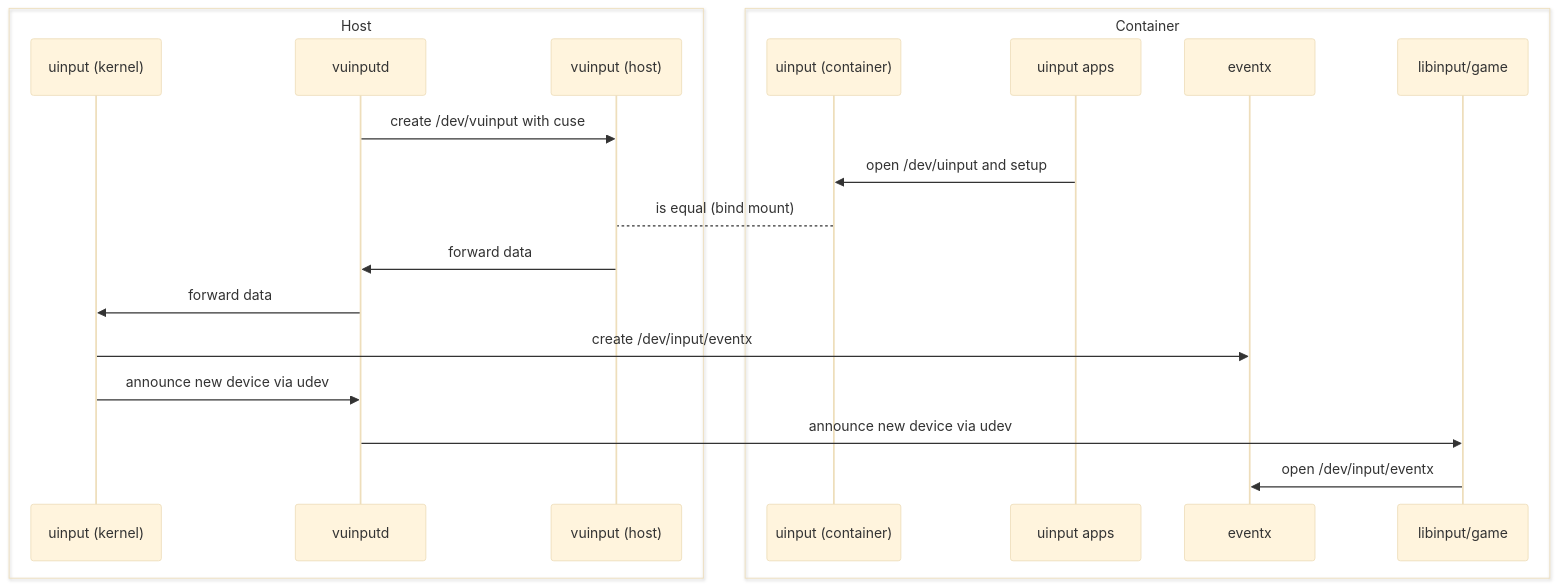
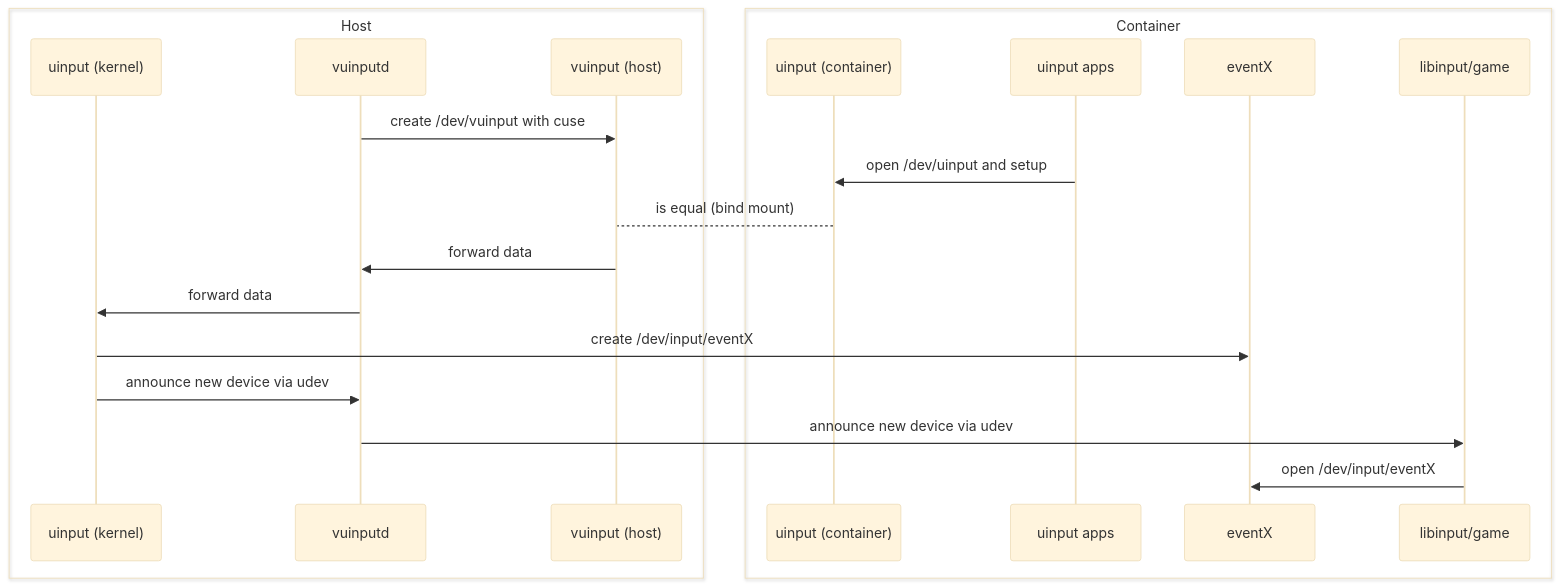
The second of 2 diagrams in docs/DESIGN.md (joleuger/vuinputd), drawn with Mermaid (base theme) before and after one commit. The commit also changed 1 other file, not shown here.

Commit message:
Improve README

````diff
--- a/docs/DESIGN.md
+++ b/docs/DESIGN.md
@@ -29,26 +29,26 @@
 ```mermaid
 
 sequenceDiagram
 box transparent Host
 participant uinput (kernel)
 participant vuinputd
 participant vuinput (host)
 end
 
 box transparent Container
 participant uinput (container)
 participant uinput apps
-participant eventx
+participant eventX
 participant libinput/game
 end
 
 vuinputd->>vuinput (host): create /dev/vuinput with cuse
 uinput apps->>uinput (container): open /dev/uinput and setup
 uinput (container)-->vuinput (host): is equal (bind mount)
 vuinput (host)->>vuinputd: forward data
 vuinputd->>uinput (kernel): forward data
-uinput (kernel)->>eventx: create /dev/input/eventx
+uinput (kernel)->>eventX: create /dev/input/eventX
 uinput (kernel)->>vuinputd: announce new device via udev
 vuinputd->>libinput/game: announce new device via udev
-libinput/game->>eventx: open /dev/input/eventx
+libinput/game->>eventX: open /dev/input/eventX
 ```
````
